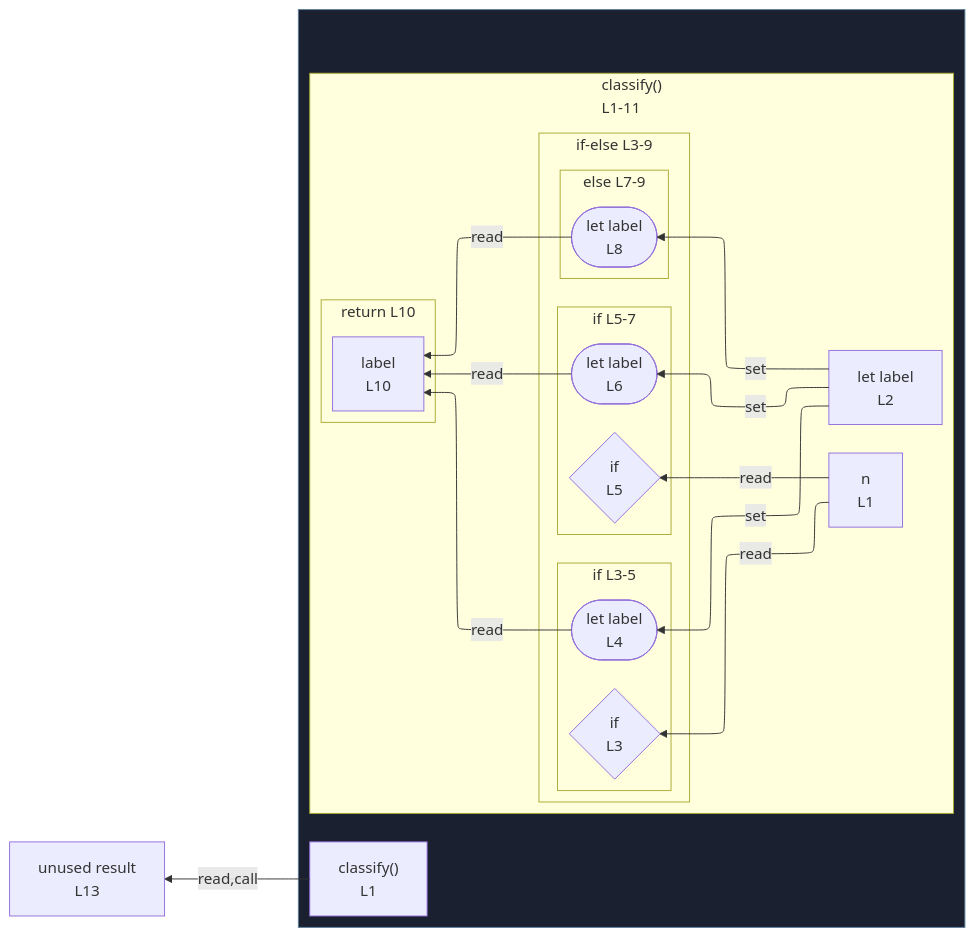
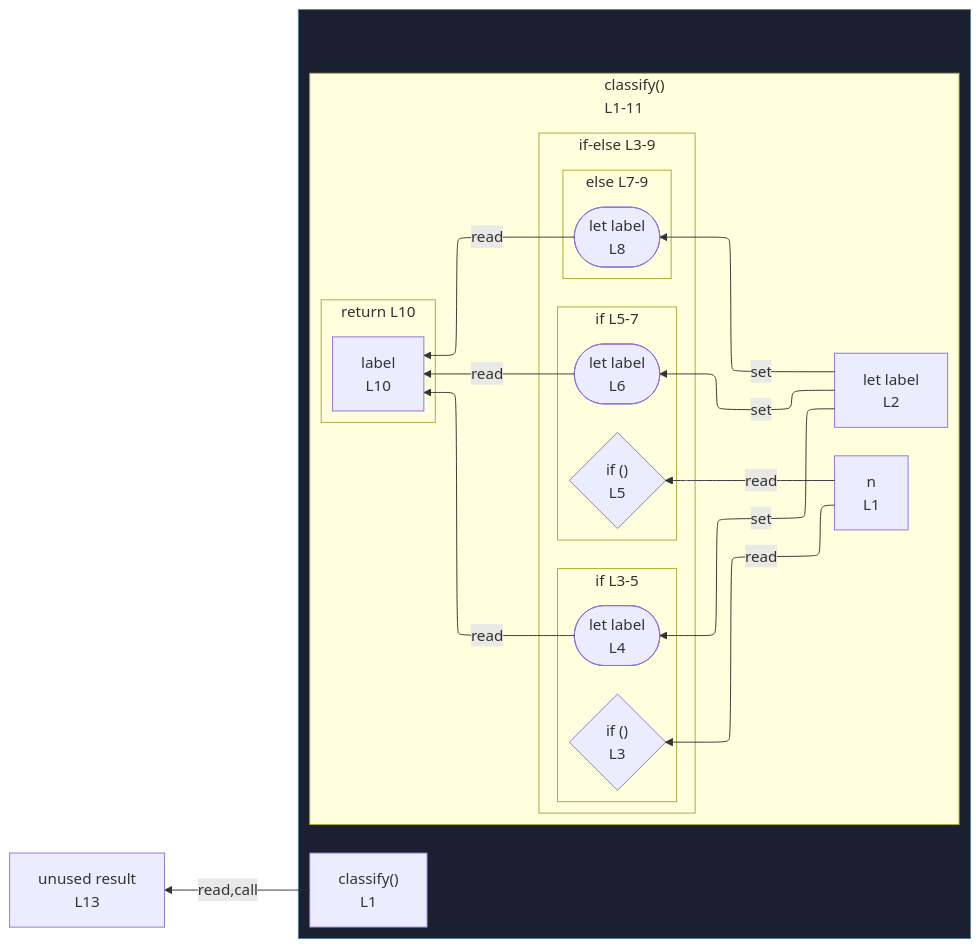
The diagram in integration/fixtures/control-if-else-chain/preview.md (crescware/unsnarl), drawn with Mermaid before and after one commit. The commit also changed 20 other files, not shown here.

First line of the commit message:
Format loop / if test anchors as `if ()` / `while ()` / etc. in Mermaid

````diff
--- a/integration/fixtures/control-if-else-chain/preview.md
+++ b/integration/fixtures/control-if-else-chain/preview.md
@@ -23,46 +23,46 @@
 ```mermaid
 %%{init: {"flowchart": {"defaultRenderer": "elk"}}}%%
 flowchart RL
   n_scope_0_result_189["unused result<br/>L13"]
   subgraph wrap_s_scope_1[" "]
     direction TB
     n_scope_0_classify_9["classify()<br/>L1"]
     subgraph s_scope_1["classify()<br/>L1-11"]
       direction RL
       n_scope_1_n_18["n<br/>L1"]
       n_scope_1_label_37["let label<br/>L2"]
       subgraph cont_if_scope_1_46["if-else L3-9"]
         direction RL
         subgraph s_scope_2["if L3-5"]
           direction RL
-          if_test_scope_1_46{"if<br/>L3"}
+          if_test_scope_1_46{"if ()<br/>L3"}
           wr_ref_1(["let label<br/>L4"])
         end
         subgraph s_scope_3["if L5-7"]
           direction RL
-          if_test_scope_1_92{"if<br/>L5"}
+          if_test_scope_1_92{"if ()<br/>L5"}
           wr_ref_3(["let label<br/>L6"])
         end
         subgraph s_scope_4["else L7-9"]
           direction RL
           wr_ref_4(["let label<br/>L8"])
         end
       end
       subgraph s_return_scope_0_classify_9_166_179["return L10"]
         direction RL
         ret_use_ref_5["label<br/>L10"]
       end
     end
   end
   n_scope_1_label_37 -->|set| wr_ref_1
   n_scope_1_label_37 -->|set| wr_ref_3
   n_scope_1_label_37 -->|set| wr_ref_4
   n_scope_1_n_18 -->|read| if_test_scope_1_46
   n_scope_1_n_18 -->|read| if_test_scope_1_92
   wr_ref_1 -->|read| ret_use_ref_5
   wr_ref_3 -->|read| ret_use_ref_5
   wr_ref_4 -->|read| ret_use_ref_5
   n_scope_0_classify_9 -->|read,call| n_scope_0_result_189
   classDef fnWrap fill:#1a2030,stroke:#5a7d99;
   class wrap_s_scope_1 fnWrap;
 ```
````
